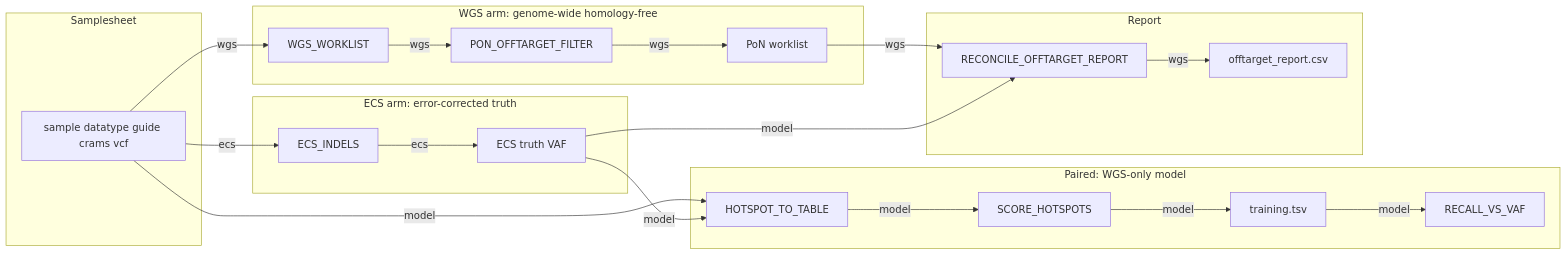
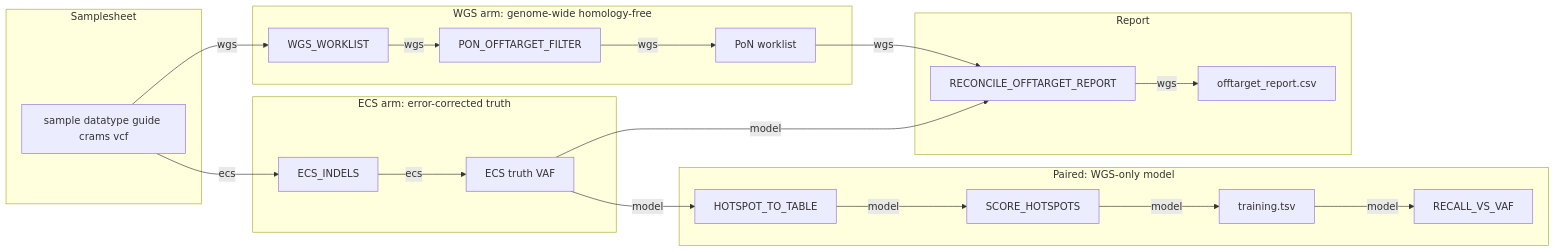
Before and after one commit to dhslab/nf-core-scge: the diagram in docs/offtarget_metro.mmd, drawn with Mermaid. The commit also changed 9 other files, not shown here.

```diff
--- a/docs/offtarget_metro.mmd
+++ b/docs/offtarget_metro.mmd
@@ -1,46 +1,45 @@
 %%metro title: Unified CRISPR Off-Target Workflow
 %%metro line: ecs | ECS truth (hotspots) | #E6194B
 %%metro line: wgs | WGS genome-wide discovery | #4363D8
 %%metro line: model | WGS-only model (ECS-trained) | #3CB44B
 
 graph LR
     subgraph in [Samplesheet]
         ss[sample datatype guide crams vcf]
     end
 
     subgraph ecsarm [ECS arm: error-corrected truth]
         ecs[ECS_INDELS]
         truth[ECS truth VAF]
     end
 
     subgraph wgsarm [WGS arm: genome-wide homology-free]
         wl[WGS_WORKLIST]
         pon[PON_OFFTARGET_FILTER]
         worklist[PoN worklist]
     end
 
     subgraph modelarm [Paired: WGS-only model]
         h2t[HOTSPOT_TO_TABLE]
         score[SCORE_HOTSPOTS]
         train[training.tsv]
         recall[RECALL_VS_VAF]
     end
 
     subgraph rep [Report]
         rec[RECONCILE_OFFTARGET_REPORT]
         out[offtarget_report.csv]
     end
 
     ss -->|ecs| ecs
     ecs -->|ecs| truth
     ss -->|wgs| wl
     wl -->|wgs| pon
     pon -->|wgs| worklist
-    ss -->|model| h2t
     truth -->|model| h2t
     h2t -->|model| score
     score -->|model| train
     train -->|model| recall
     worklist -->|wgs| rec
     truth -->|model| rec
     rec -->|wgs| out
```
